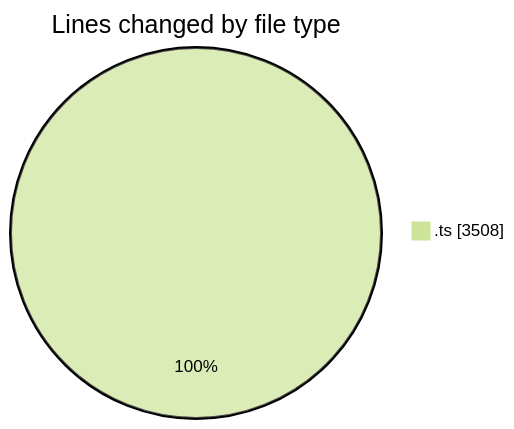
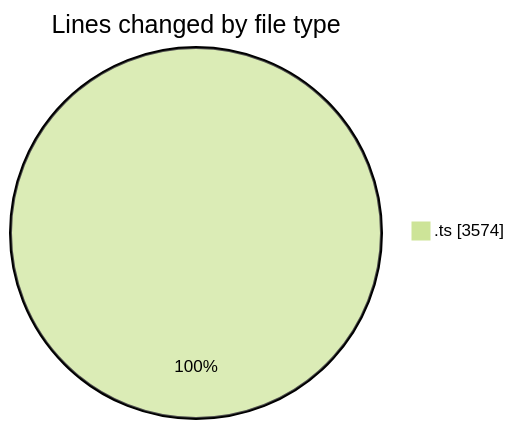
Before and after one commit to momahboobian/code-tracking: the first of 2 diagrams in 2025-10-23/cda/README.md, drawn with Mermaid (forest theme). The commit also changed other lines of this file and 1 other file, not shown here.

````diff
--- a/2025-10-23/cda/README.md
+++ b/2025-10-23/cda/README.md
@@ -24,5 +24,5 @@
 ```mermaid
 pie showData
 title Lines changed by file type
-".ts" : 3508
+".ts" : 3574
 ```
````
